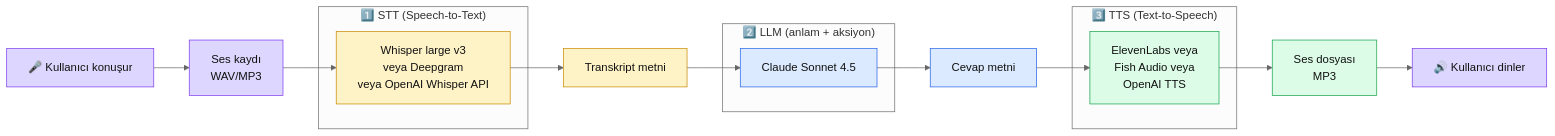
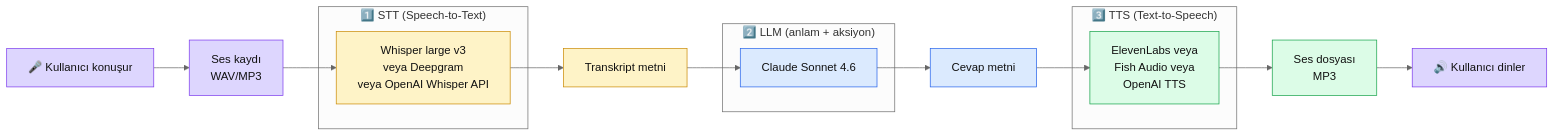
Before and after one commit to KemalG-u/muhendisal-platform: the diagram in docs/bolum-7/02-ses.md, drawn with Mermaid (neutral theme). The commit also changed other lines of this file and 41 other files, not shown here.

````diff
--- a/docs/bolum-7/02-ses.md
+++ b/docs/bolum-7/02-ses.md
@@ -32,38 +32,38 @@
 ```mermaid
 flowchart LR
     USER[🎤 Kullanıcı konuşur]
     MIC[Ses kaydı<br/>WAV/MP3]
 
     subgraph STAGE1["1️⃣ STT (Speech-to-Text)"]
         WHISPER[Whisper large v3<br/>veya Deepgram<br/>veya OpenAI Whisper API]
     end
 
     TEXT_IN[Transkript metni]
 
     subgraph STAGE2["2️⃣ LLM (anlam + aksiyon)"]
-        CLAUDE[Claude Sonnet 4.5]
+        CLAUDE[Claude Sonnet 4.6]
     end
 
     TEXT_OUT[Cevap metni]
 
     subgraph STAGE3["3️⃣ TTS (Text-to-Speech)"]
         TTS[ElevenLabs veya<br/>Fish Audio veya<br/>OpenAI TTS]
     end
 
     AUDIO_OUT[Ses dosyası<br/>MP3]
     SPEAKER[🔊 Kullanıcı dinler]
 
     USER --> MIC --> WHISPER
     WHISPER --> TEXT_IN --> CLAUDE
     CLAUDE --> TEXT_OUT --> TTS
     TTS --> AUDIO_OUT --> SPEAKER
 
     classDef user fill:#ddd6fe,stroke:#7c3aed,color:#111
     classDef stt fill:#fef3c7,stroke:#ca8a04,color:#111
     classDef llm fill:#dbeafe,stroke:#2563eb,color:#111
     classDef tts fill:#dcfce7,stroke:#16a34a,color:#111
     class USER,MIC,SPEAKER user
     class WHISPER,TEXT_IN stt
     class CLAUDE,TEXT_OUT llm
     class TTS,AUDIO_OUT tts
 ```
````
